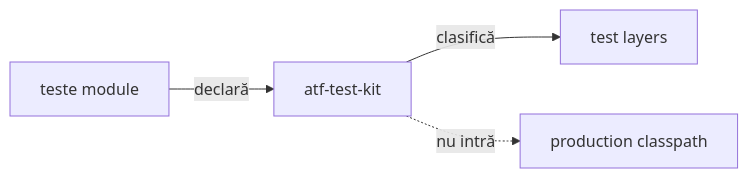
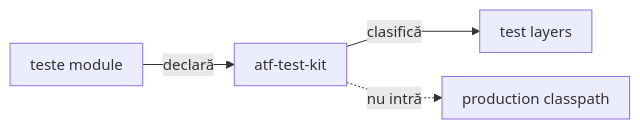
One commit to crististefanita/atf_j0 changed the first of 3 diagrams in atf-test-kit/README.md. Above: the diagram before and after it, drawn with Mermaid. The commit also changed other lines of this file and 97 other files, not shown here.

````diff
--- a/atf-test-kit/README.md
+++ b/atf-test-kit/README.md
@@ -8,6 +8,7 @@
 ```mermaid
+%%{init: {"themeVariables":{"fontSize":"15px"},"themeCSS":".nodeLabel, .nodeLabel p { font-size: 15px !important; line-height: 1.35 !important; } .edgeLabel, .edgeLabel p { font-size: 12px !important; font-weight: 400 !important; line-height: 1.2 !important; } .edgeLabel .labelBkg, .edgeLabel p { background: transparent !important; } .edgeLabel foreignObject { transform: translateY(-18px); overflow: visible; } .node rect { rx: 6px; ry: 6px; }","flowchart":{"curve":"linear","nodeSpacing":24,"rankSpacing":40,"padding":10,"diagramPadding":16}}}%%
 flowchart LR
     ModuleTests[teste module] -->|declară| Kit[atf-test-kit]
     Kit -->|clasifică| Levels[test layers]
     Kit -. nu intră .-> Production[production classpath]
 ```
````
